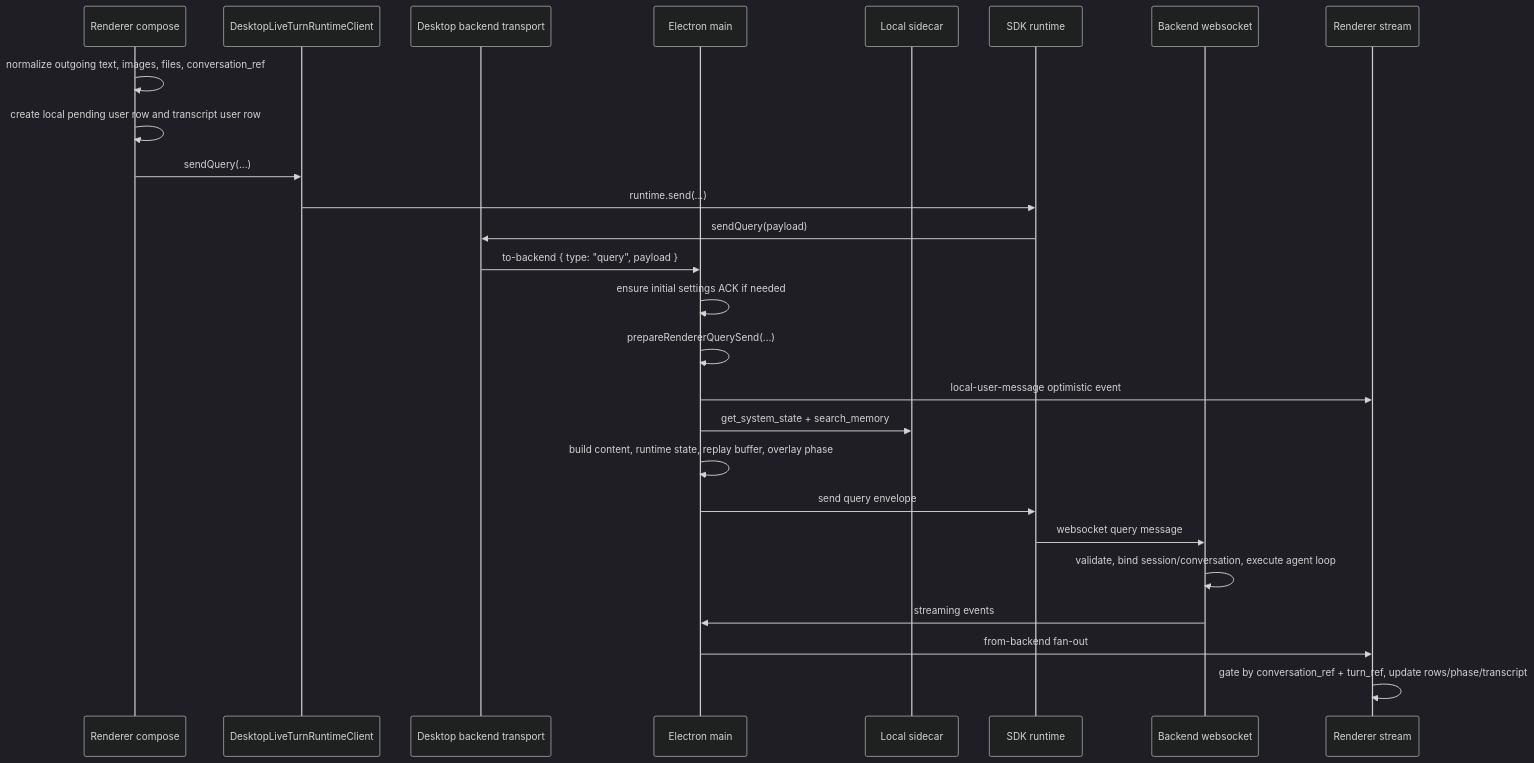
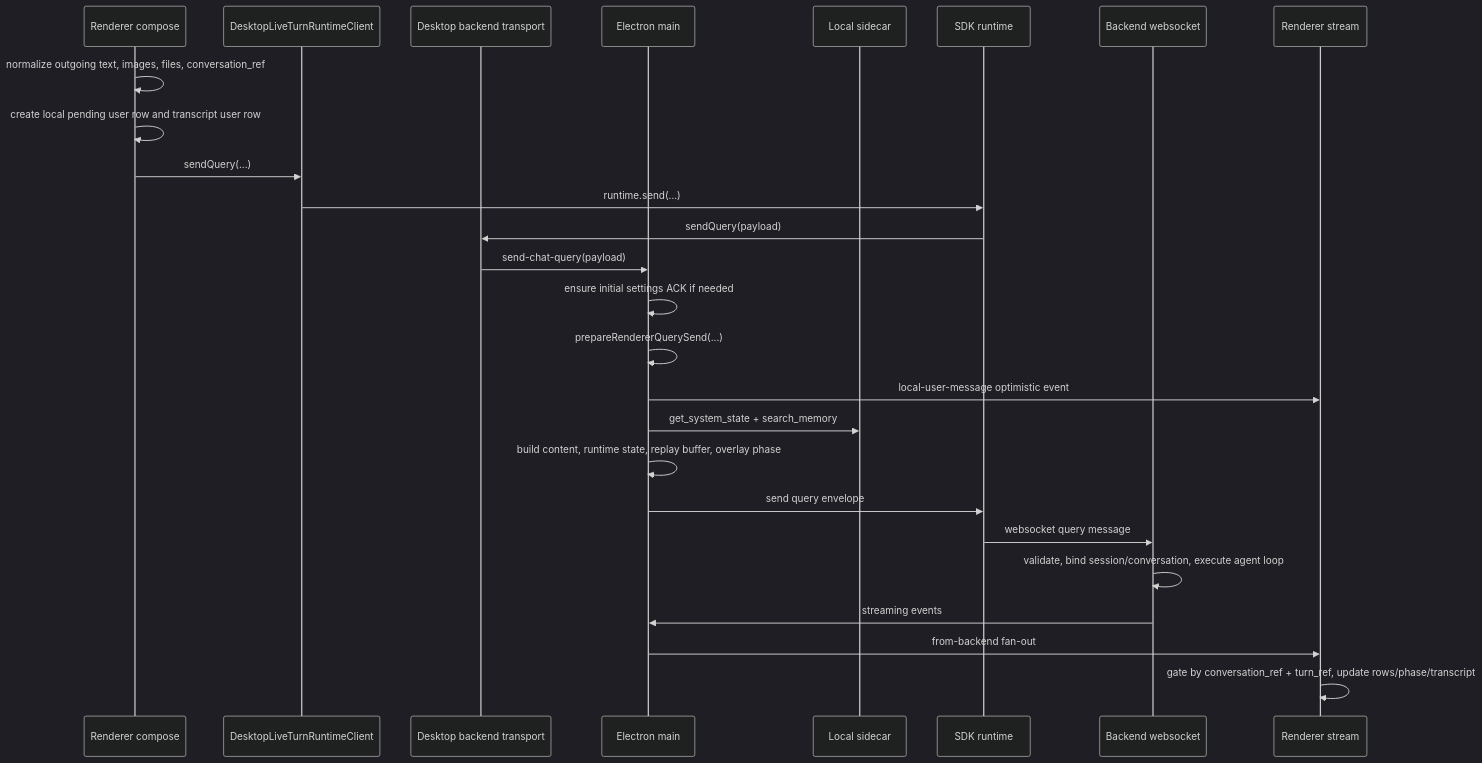
The diagram in docs/frontend/main/query_send_and_stream_relay_change_workflow.md (buiilding/My_Own_OpenClaw), drawn with Mermaid (dark theme) before and after one commit. The commit also changed other lines of this file and 20 other files, not shown here.

First line of the commit message:
refactor(frontend-ipc): type live chat query commands

````diff
--- a/docs/frontend/main/query_send_and_stream_relay_change_workflow.md
+++ b/docs/frontend/main/query_send_and_stream_relay_change_workflow.md
@@ -56,29 +57,29 @@
 ```mermaid
 sequenceDiagram
     participant R as Renderer compose
     participant A as DesktopLiveTurnRuntimeClient
     participant T as Desktop backend transport
     participant M as Electron main
     participant L as Local sidecar
     participant SDK as SDK runtime
     participant B as Backend websocket
     participant S as Renderer stream
 
     R->>R: normalize outgoing text, images, files, conversation_ref
     R->>R: create local pending user row and transcript user row
     R->>A: sendQuery(...)
     A->>SDK: runtime.send(...)
     SDK->>T: sendQuery(payload)
-    T->>M: to-backend { type: "query", payload }
+    T->>M: send-chat-query(payload)
     M->>M: ensure initial settings ACK if needed
     M->>M: prepareRendererQuerySend(...)
     M->>S: local-user-message optimistic event
     M->>L: get_system_state + search_memory
     M->>M: build content, runtime state, replay buffer, overlay phase
     M->>SDK: send query envelope
     SDK->>B: websocket query message
     B->>B: validate, bind session/conversation, execute agent loop
     B->>M: streaming events
     M->>S: from-backend fan-out
     S->>S: gate by conversation_ref + turn_ref, update rows/phase/transcript
 ```
````
